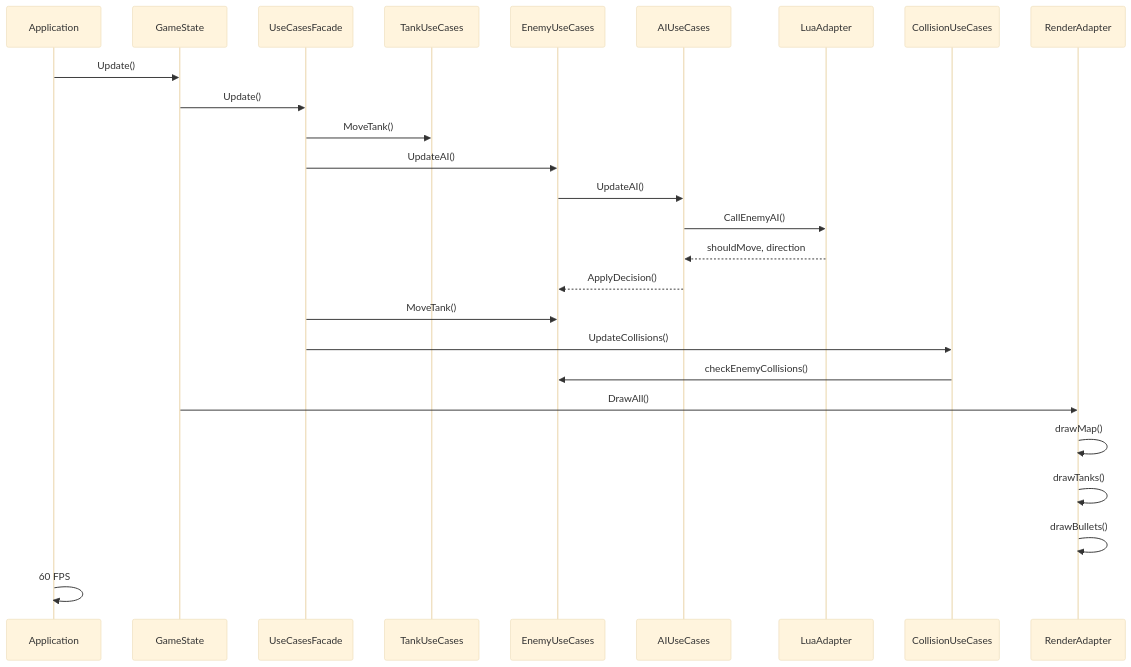
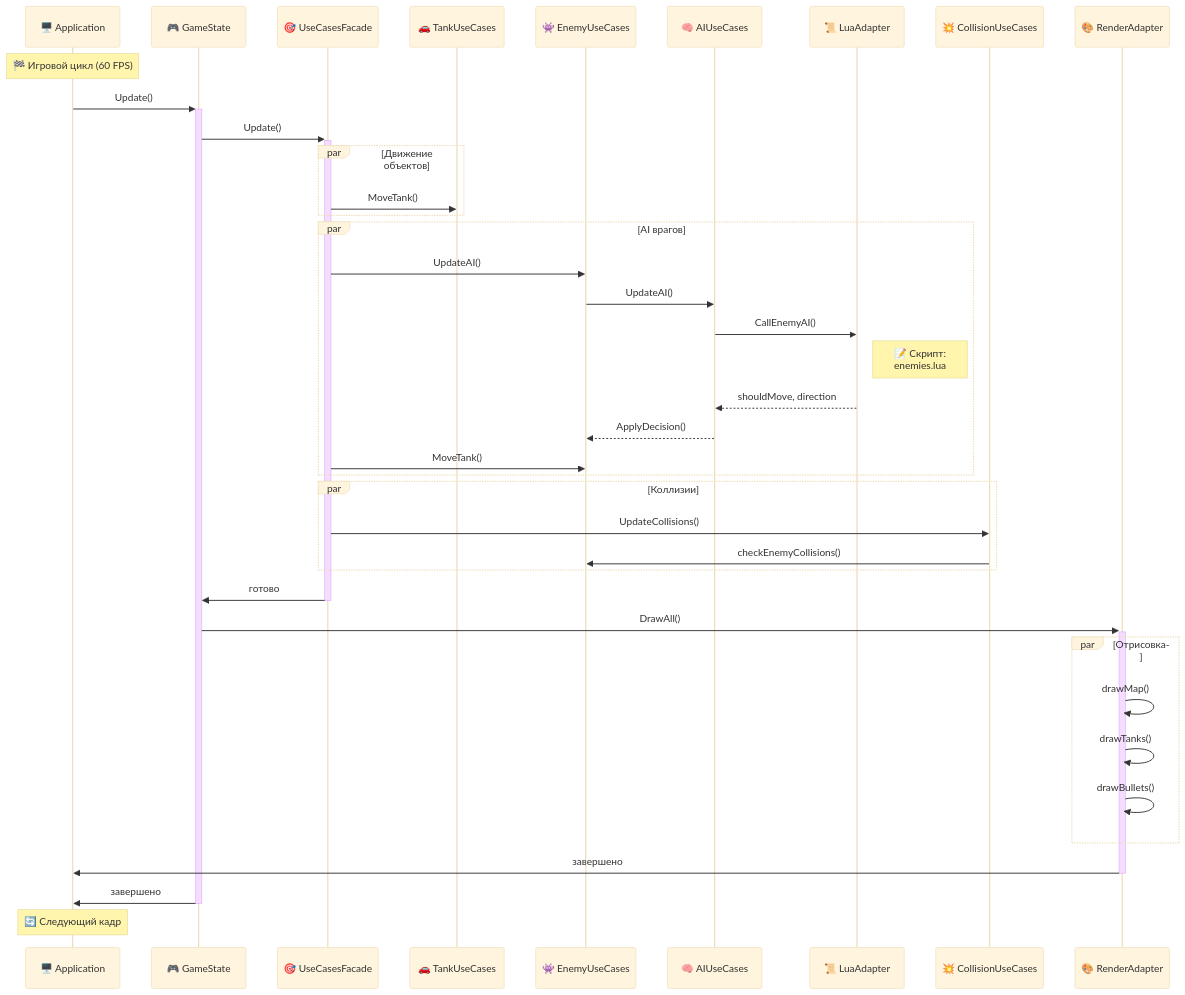
The third of 3 diagrams in README.md (shpaker/tnk9x), drawn with Mermaid (base theme) before and after one commit. The commit also changed other lines of this file and 16 other files, not shown here.

````diff
--- a/README.md
+++ b/README.md
@@ -175,29 +208,49 @@
 ```mermaid
 sequenceDiagram
-    participant App as Application
-    participant State as GameState
-    participant Facade as UseCasesFacade
-    participant Tank as TankUseCases
-    participant Enemy as EnemyUseCases
-    participant AI as AIUseCases
-    participant Lua as LuaAdapter
-    participant Collision as CollisionUseCases
-    participant Render as RenderAdapter
+    participant App as 🖥️ Application
+    participant State as 🎮 GameState
+    participant Facade as 🎯 UseCasesFacade
+    participant Tank as 🚗 TankUseCases
+    participant Enemy as 👾 EnemyUseCases
+    participant AI as 🧠 AIUseCases
+    participant Lua as 📜 LuaAdapter
+    participant Collision as 💥 CollisionUseCases
+    participant Render as 🎨 RenderAdapter
     
-    App->>State: Update()
-    State->>Facade: Update()
-    Facade->>Tank: MoveTank()
-    Facade->>Enemy: UpdateAI()
-    Enemy->>AI: UpdateAI()
-    AI->>Lua: CallEnemyAI()
-    Lua-->>AI: shouldMove, direction
-    AI-->>Enemy: ApplyDecision()
-    Facade->>Enemy: MoveTank()
-    Facade->>Collision: UpdateCollisions()
-    Collision->>Enemy: checkEnemyCollisions()
-    State->>Render: DrawAll()
-    Render->>Render: drawMap()
-    Render->>Render: drawTanks()
-    Render->>Render: drawBullets()
-    App->>App: 60 FPS
+    Note over App: 🏁 Игровой цикл (60 FPS)
+    
+    App->>+State: Update()
+    State->>+Facade: Update()
+    
+    par Движение объектов
+        Facade->>Tank: MoveTank()
+    end
+    
+    par AI врагов
+        Facade->>Enemy: UpdateAI()
+        Enemy->>AI: UpdateAI()
+        AI->>Lua: CallEnemyAI()
+        Note right of Lua: 📝 Скрипт:<br/>enemies.lua
+        Lua-->>AI: shouldMove, direction
+        AI-->>Enemy: ApplyDecision()
+        Facade->>Enemy: MoveTank()
+    end
+    
+    par Коллизии
+        Facade->>Collision: UpdateCollisions()
+        Collision->>Enemy: checkEnemyCollisions()
+    end
+    
+    Facade->>-State: готово
+    State->>+Render: DrawAll()
+    
+    par Отрисовка
+        Render->>Render: drawMap()
+        Render->>Render: drawTanks()
+        Render->>Render: drawBullets()
+    end
+    
+    Render->>-App: завершено
+    State->>-App: завершено
+    Note over App: 🔄 Следующий кадр
 ```
````
